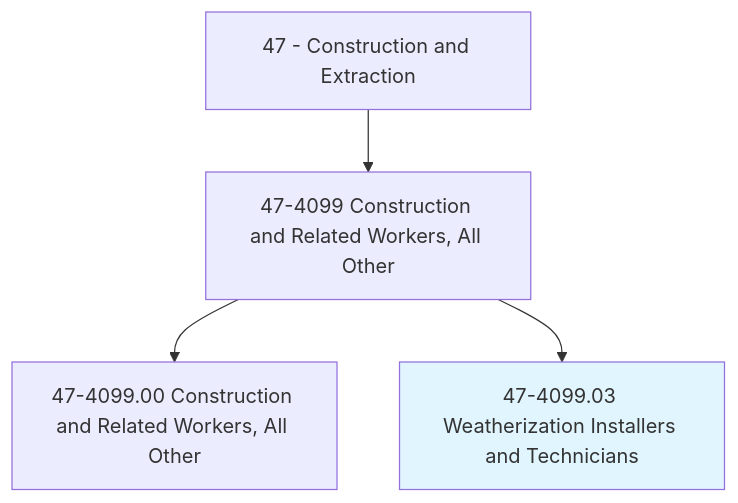
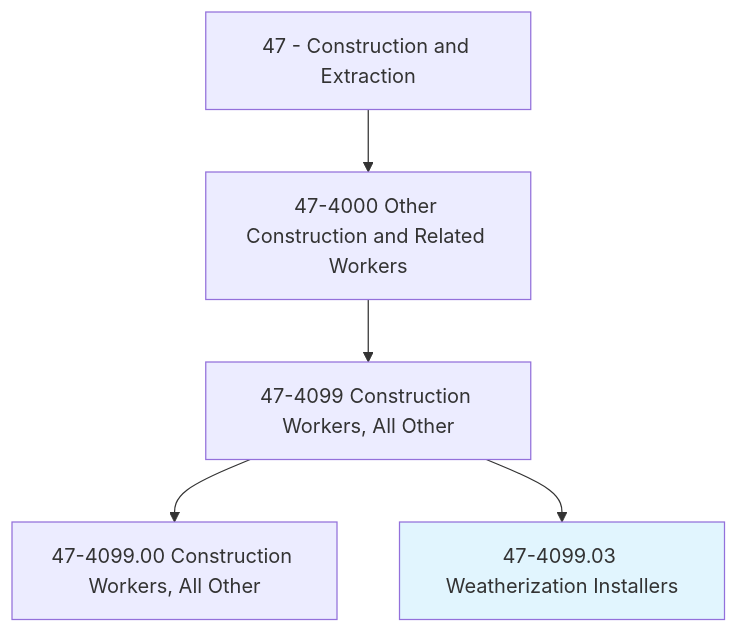
The first of 4 diagrams in occupations/Construction/WeatherizationInstallersAndTechnicians.mdx (kziemski/business.org.ai), drawn with Mermaid before and after one commit. The commit also changed other lines of this file and 938 other files, not shown here.

````diff
--- a/occupations/Construction/WeatherizationInstallersAndTechnicians.mdx
+++ b/occupations/Construction/WeatherizationInstallersAndTechnicians.mdx
@@ -19,7 +23,8 @@
 ```mermaid
 graph TD
-    Cat47["47 - Construction and Extraction"] --> Group474099["47-4099 Construction and Related Workers, All Other"]
-    Group474099 --> Base["47-4099.00 Construction and Related Workers, All Other"]
-    Group474099 --> Current["47-4099.03 Weatherization Installers and Technicians"]
+    Cat47["47 - Construction and Extraction"] --> Group474["47-4000 Other Construction and Related Workers"]
+    Group474 --> Group4740["47-4099 Construction Workers, All Other"]
+    Group4740 --> Base["47-4099.00 Construction Workers, All Other"]
+    Group4740 --> Current["47-4099.03 Weatherization Installers"]
     style Current fill:#e1f5fe
 ```
````
